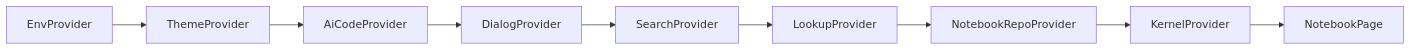
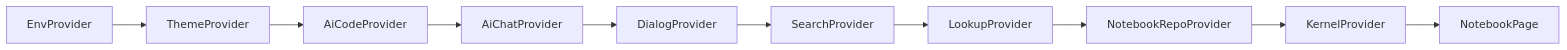
One commit to Cribl-Community/CC-notebook-app changed the second of 3 diagrams in docs/ARCHITECTURE.md. Above: the diagram before and after it, drawn with Mermaid. The commit also changed other lines of this file and 8 other files, not shown here.

````diff
--- a/docs/ARCHITECTURE.md
+++ b/docs/ARCHITECTURE.md
@@ -69,13 +69,14 @@
 ```mermaid
 flowchart LR
   EP["EnvProvider"]
   TP["ThemeProvider"]
   ACP["AiCodeProvider"]
+  ACH["AiChatProvider"]
   DP["DialogProvider"]
   SP["SearchProvider"]
   LP["LookupProvider"]
   NR["NotebookRepoProvider"]
   KP["KernelProvider"]
   NP["NotebookPage"]
-  EP --> TP --> ACP --> DP --> SP --> LP --> NR --> KP --> NP
+  EP --> TP --> ACP --> ACH --> DP --> SP --> LP --> NR --> KP --> NP
 ```
````
